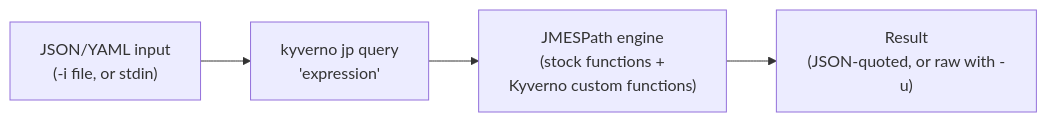
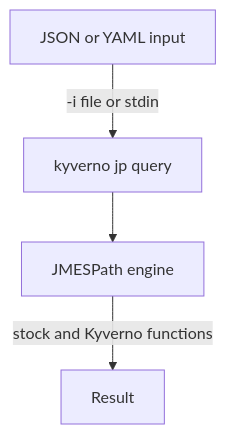
The diagram in sections/section-040/module-01/course.md (astrona-io/ATS009), drawn with Mermaid before and after one commit. The commit also changed other lines of this file and 286 other files, not shown here.

````diff
--- a/sections/section-040/module-01/course.md
+++ b/sections/section-040/module-01/course.md
@@ -7,6 +7,6 @@
 ```mermaid
-flowchart LR
-    A["JSON/YAML input<br/>(-i file, or stdin)"] --> B["kyverno jp query<br/>'expression'"]
-    B --> C["JMESPath engine<br/>(stock functions +<br/>Kyverno custom functions)"]
-    C --> D["Result<br/>(JSON-quoted, or raw with -u)"]
+flowchart TB
+    A["JSON or YAML input"] -->|"-i file or stdin"| B["kyverno jp query"]
+    B --> C["JMESPath engine"]
+    C -->|"stock and Kyverno functions"| D["Result"]
 ```
````
